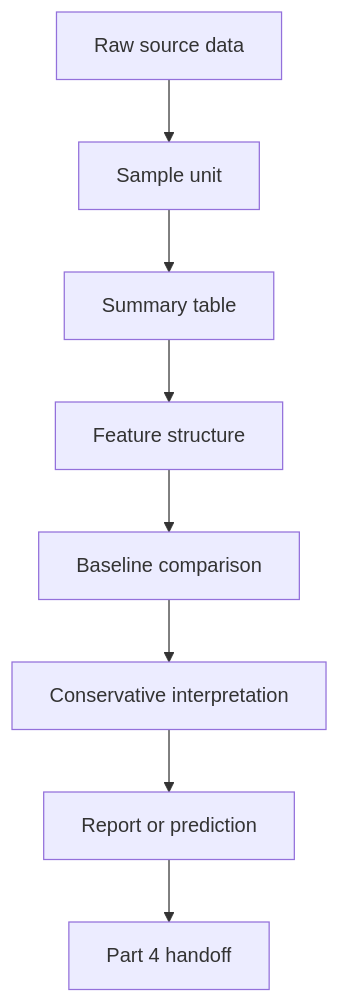
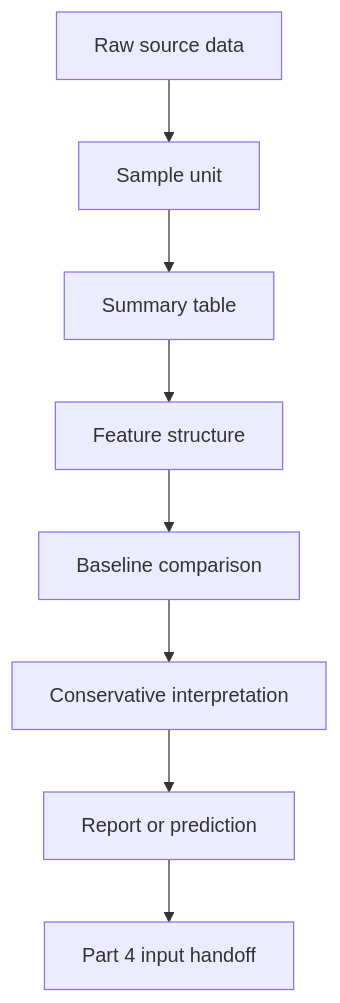
One commit to devchan64/AiBook changed the diagram in docs/parts/part-03/index.md. Above: the diagram before and after it, drawn with Mermaid. The commit also changed other lines of this file and 453 other files, not shown here.

````diff
--- a/docs/parts/part-03/index.md
+++ b/docs/parts/part-03/index.md
@@ -66,10 +66,10 @@
 ```mermaid
 flowchart TD
     A[Raw source data] --> B[Sample unit]
     B --> C[Summary table]
     C --> D[Feature structure]
     D --> E[Baseline comparison]
     E --> F[Conservative interpretation]
     F --> G[Report or prediction]
-    G --> H[Part 4 handoff]
+    G --> H[Part 4 input handoff]
 ```
````
